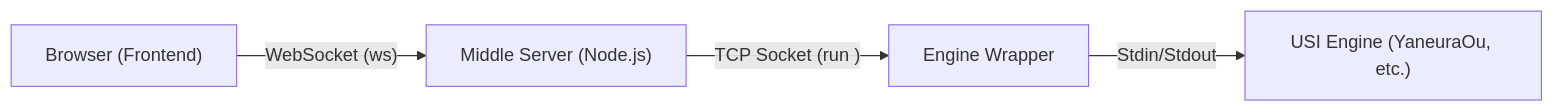
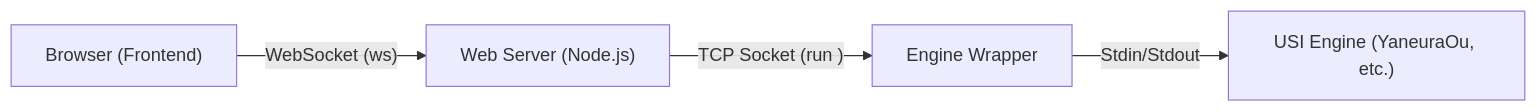
Before and after one commit to yoset77/shogihome-lab: the diagram in README.md, drawn with Mermaid. The commit also changed other lines of this file, not shown here.

````diff
--- a/README.md
+++ b/README.md
@@ -127,6 +135,6 @@
 ```mermaid
 graph LR
-    A["Browser (Frontend)"] -- "WebSocket (ws)" --> B["Middle Server (Node.js)"]
+    A["Browser (Frontend)"] -- "WebSocket (ws)" --> B["Web Server (Node.js)"]
     B -- "TCP Socket (run <id>)" --> C["Engine Wrapper"]
     C -- "Stdin/Stdout" --> D["USI Engine (YaneuraOu, etc.)"]
 ```
````
